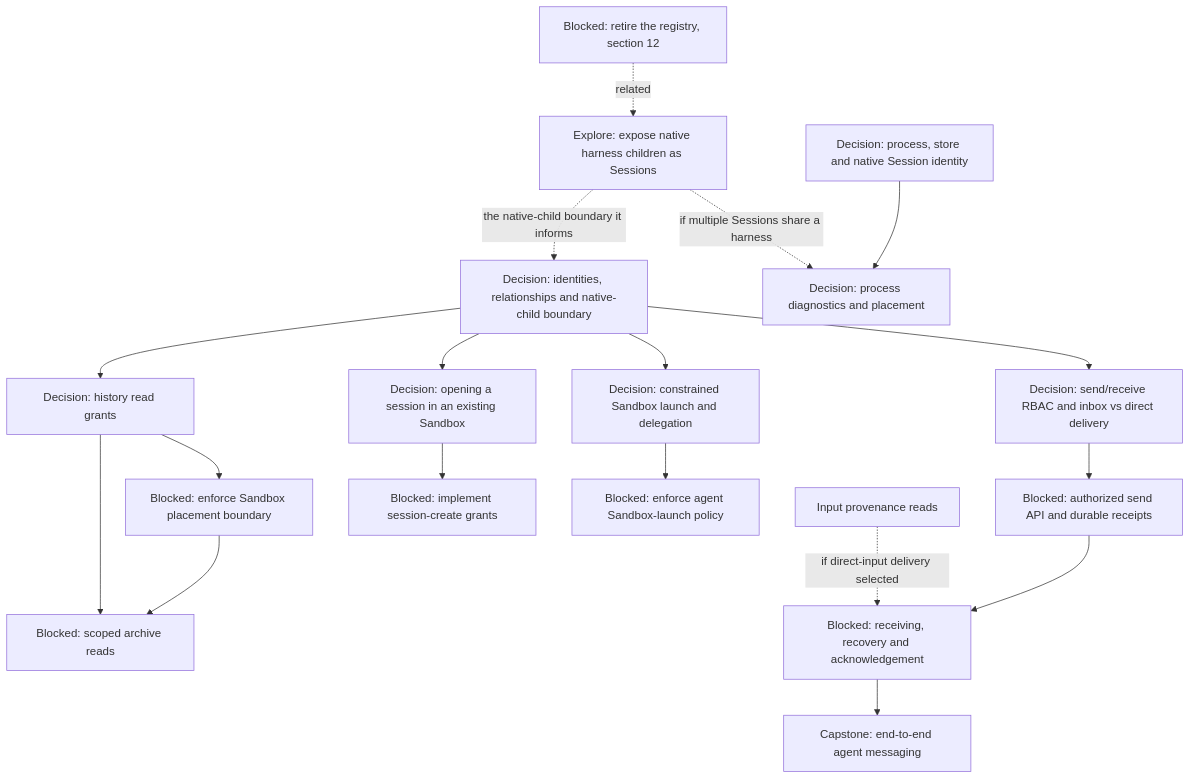
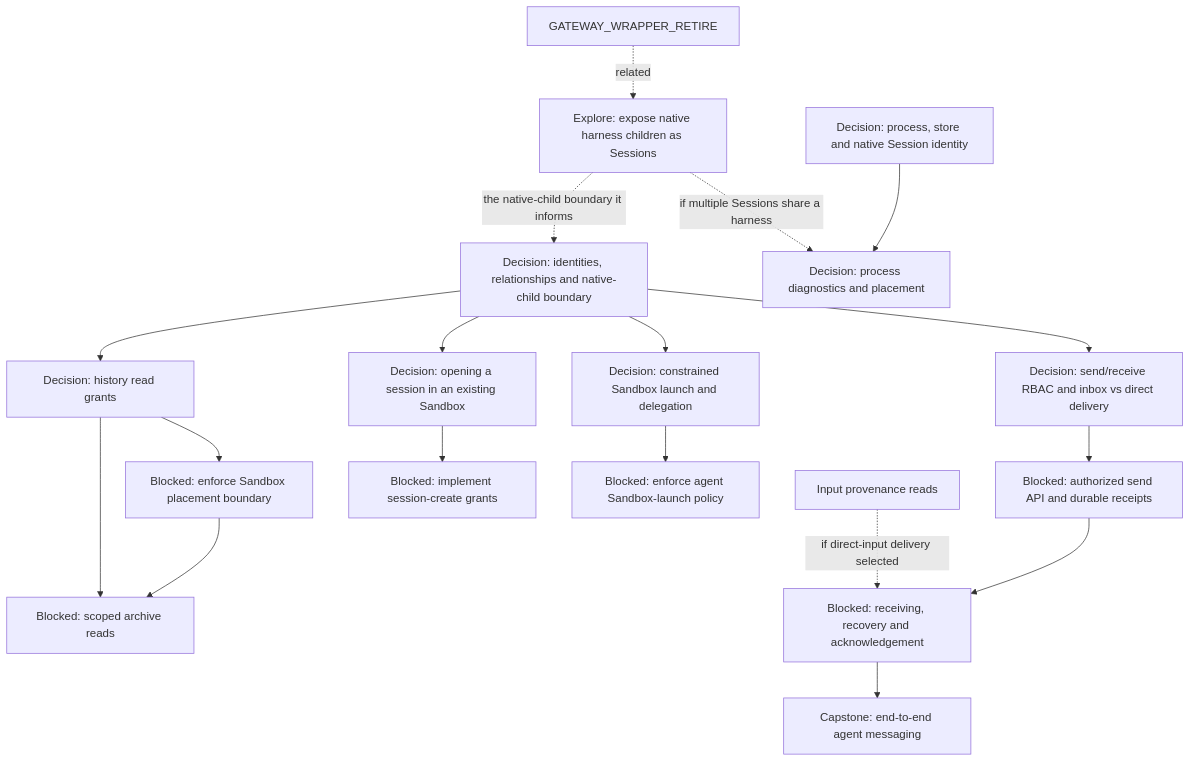
Before and after one commit to agentydragon-agent/ducktape: the fifth of 16 diagrams in agentplane/plans/task_dag.md, drawn with Mermaid. The commit also changed other lines of this file and 73 other files, not shown here.

First line of the commit message:
agentplane: retire Python Gateway Session registry runtime (#10720)

````diff
--- a/agentplane/plans/task_dag.md
+++ b/agentplane/plans/task_dag.md
@@ -208,35 +208,35 @@
 ```mermaid
 flowchart TD
     MULTIAGENT_MODEL[Decision: identities, relationships and native-child boundary]
     THREAD_READ_POLICY_DESIGN[Decision: history read grants]
     SANDBOX_COMPARTMENT_BOUNDARY[Blocked: enforce Sandbox placement boundary]
     THREAD_READ_POLICY[Blocked: scoped archive reads]
     AGENT_MESSAGING_DESIGN[Decision: send/receive RBAC and inbox vs direct delivery]
     AGENT_MESSAGE_INGRESS[Blocked: authorized send API and durable receipts]
     AGENT_MESSAGE_RECEPTION[Blocked: receiving, recovery and acknowledgement]
     AGENT_MESSAGING[Capstone: end-to-end agent messaging]
     THREAD_CREATE_POLICY[Decision: opening a session in an existing Sandbox]
     THREAD_CREATE_AUTHORIZATION[Blocked: implement session-create grants]
     AGENT_LAUNCH_POLICY_DESIGN[Decision: constrained Sandbox launch and delegation]
     AGENT_SANDBOX_LAUNCH[Blocked: enforce agent Sandbox-launch policy]
     MULTIAGENT_MODEL --> THREAD_READ_POLICY_DESIGN
     MULTIAGENT_MODEL --> AGENT_MESSAGING_DESIGN
     MULTIAGENT_MODEL --> THREAD_CREATE_POLICY
     MULTIAGENT_MODEL --> AGENT_LAUNCH_POLICY_DESIGN
     THREAD_READ_POLICY_DESIGN --> SANDBOX_COMPARTMENT_BOUNDARY
     THREAD_READ_POLICY_DESIGN --> THREAD_READ_POLICY
     SANDBOX_COMPARTMENT_BOUNDARY --> THREAD_READ_POLICY
     AGENT_MESSAGING_DESIGN --> AGENT_MESSAGE_INGRESS
     SESSION_INPUT_METADATA_READ[Input provenance reads] -. if direct-input delivery selected .-> AGENT_MESSAGE_RECEPTION
     AGENT_MESSAGE_INGRESS --> AGENT_MESSAGE_RECEPTION
     AGENT_MESSAGE_RECEPTION --> AGENT_MESSAGING
     THREAD_CREATE_POLICY --> THREAD_CREATE_AUTHORIZATION
     AGENT_LAUNCH_POLICY_DESIGN --> AGENT_SANDBOX_LAUNCH
     NATIVE_SUBAGENT_EXPOSURE[Explore: expose native harness children as Sessions]
     RUNNER_HARNESS_OBJECTS_DESIGN[Decision: process diagnostics and placement]
     HARNESS_IDENTITY_DESIGN[Decision: process, store and native Session identity]
     NATIVE_SUBAGENT_EXPOSURE -. if multiple Sessions share a harness .-> RUNNER_HARNESS_OBJECTS_DESIGN
     NATIVE_SUBAGENT_EXPOSURE -. the native-child boundary it informs .-> MULTIAGENT_MODEL
     HARNESS_IDENTITY_DESIGN --> RUNNER_HARNESS_OBJECTS_DESIGN
-    GATEWAY_SESSION_REGISTRY_RETIRE[Blocked: retire the registry, section 12] -. related .-> NATIVE_SUBAGENT_EXPOSURE
+    GATEWAY_WRAPPER_RETIRE -. related .-> NATIVE_SUBAGENT_EXPOSURE
 ```
````
